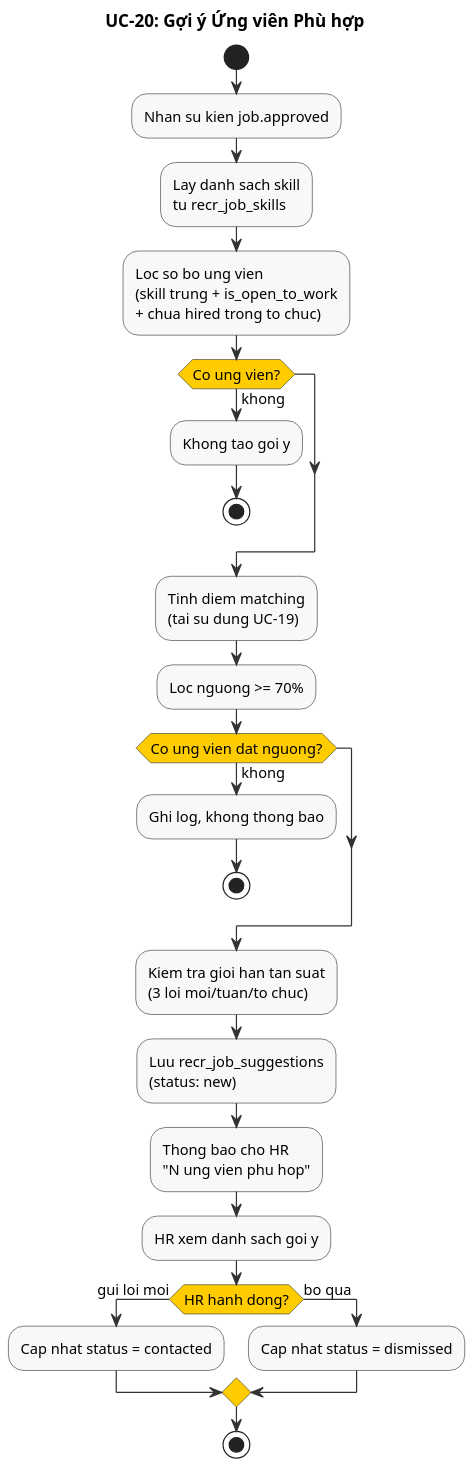
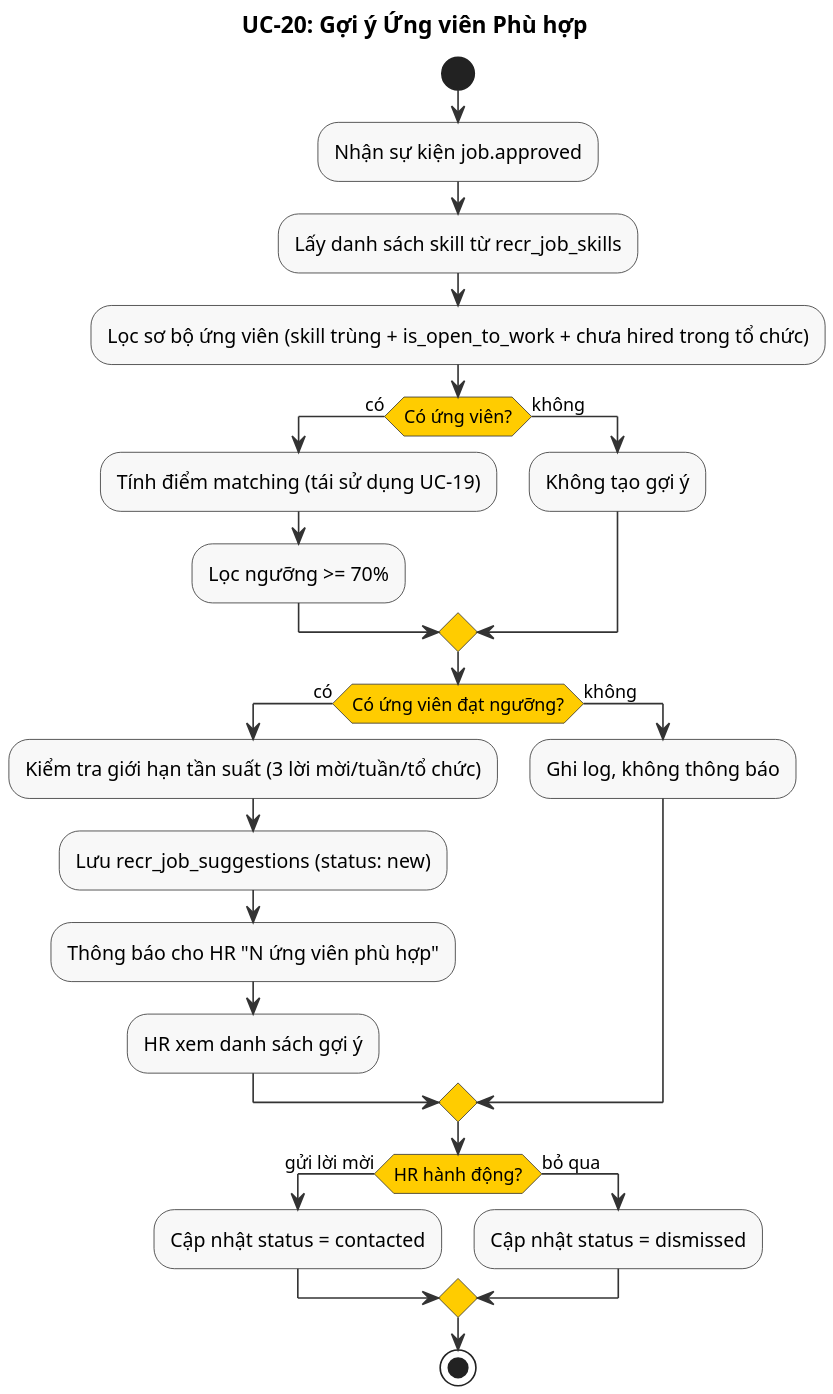
Before and after one commit to namnh240795/document: the diagram in modules/recr/diagrams/activity/uc20-candidate-suggestion-activity.puml, drawn with PlantUML. The commit also changed 79 other files, not shown here.

```diff
--- a/modules/recr/diagrams/activity/uc20-candidate-suggestion-activity.puml
+++ b/modules/recr/diagrams/activity/uc20-candidate-suggestion-activity.puml
@@ -1,55 +1,46 @@
 @startuml
 ' UC-20: Gợi ý Ứng viên Phù hợp - Sơ đồ Hoạt động
-skinparam dpi 150
-skinparam defaultFontSize 12
-skinparam nodesep 15
-skinparam ranksep 15
+skinparam dpi 200
 skinparam activity {
   BackgroundColor #F8F8F8
   BorderColor #333333
   ArrowColor #333333
   DiamondBackgroundColor #FFCC00
   DiamondBorderColor #333333
 }
 
 title UC-20: Gợi ý Ứng viên Phù hợp
 
 start
 
-:Nhan su kien job.approved;
+:Nhận sự kiện job.approved;
 
-:Lay danh sach skill\ntu recr_job_skills;
+:Lấy danh sách skill từ recr_job_skills;
 
-:Loc so bo ung vien\n(skill trung + is_open_to_work\n+ chua hired trong to chuc);
+:Lọc sơ bộ ứng viên (skill trùng + is_open_to_work + chưa hired trong tổ chức);
 
-if (Co ung vien?) then (khong)
-  :Khong tao goi y;
-  stop
+if (Có ứng viên?) then (có)
+  :Tính điểm matching (tái sử dụng UC-19);
+  :Lọc ngưỡng >= 70%;
+else (không)
+  :Không tạo gợi ý;
 endif
 
-:Tinh diem matching\n(tai su dung UC-19);
-
-:Loc nguong >= 70%;
-
-if (Co ung vien dat nguong?) then (khong)
-  :Ghi log, khong thong bao;
-  stop
+if (Có ứng viên đạt ngưỡng?) then (có)
+  :Kiểm tra giới hạn tần suất (3 lời mời/tuần/tổ chức);
+  :Lưu recr_job_suggestions (status: new);
+  :Thông báo cho HR "N ứng viên phù hợp";
+  :HR xem danh sách gợi ý;
+else (không)
+  :Ghi log, không thông báo;
 endif
 
-:Kiem tra gioi han tan suat\n(3 loi moi/tuan/to chuc);
-
-:Luu recr_job_suggestions\n(status: new);
-
-:Thong bao cho HR\n"N ung vien phu hop";
-
-:HR xem danh sach goi y;
-
-if (HR hanh dong?) then (gui loi moi)
-  :Cap nhat status = contacted;
-else (bo qua)
-  :Cap nhat status = dismissed;
+if (HR hành động?) then (gửi lời mời)
+  :Cập nhật status = contacted;
+else (bỏ qua)
+  :Cập nhật status = dismissed;
 endif
 
 stop
 
 @enduml
```
